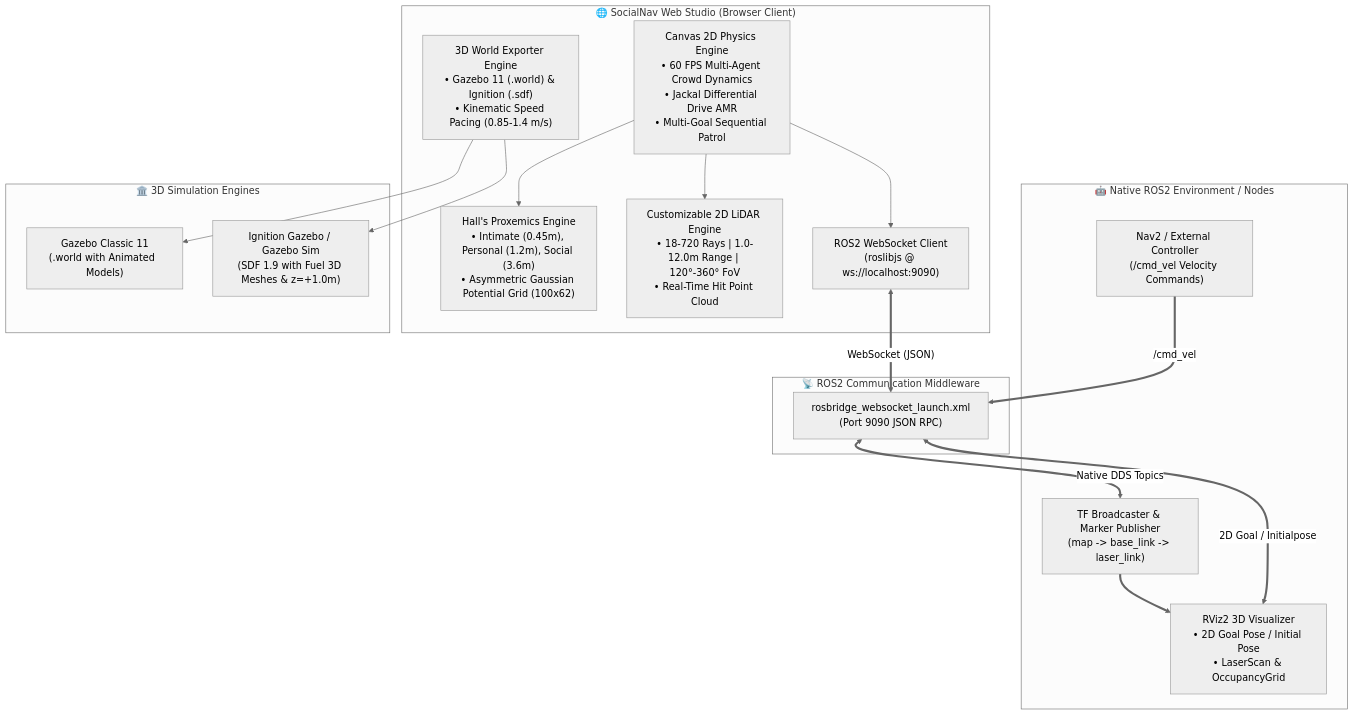
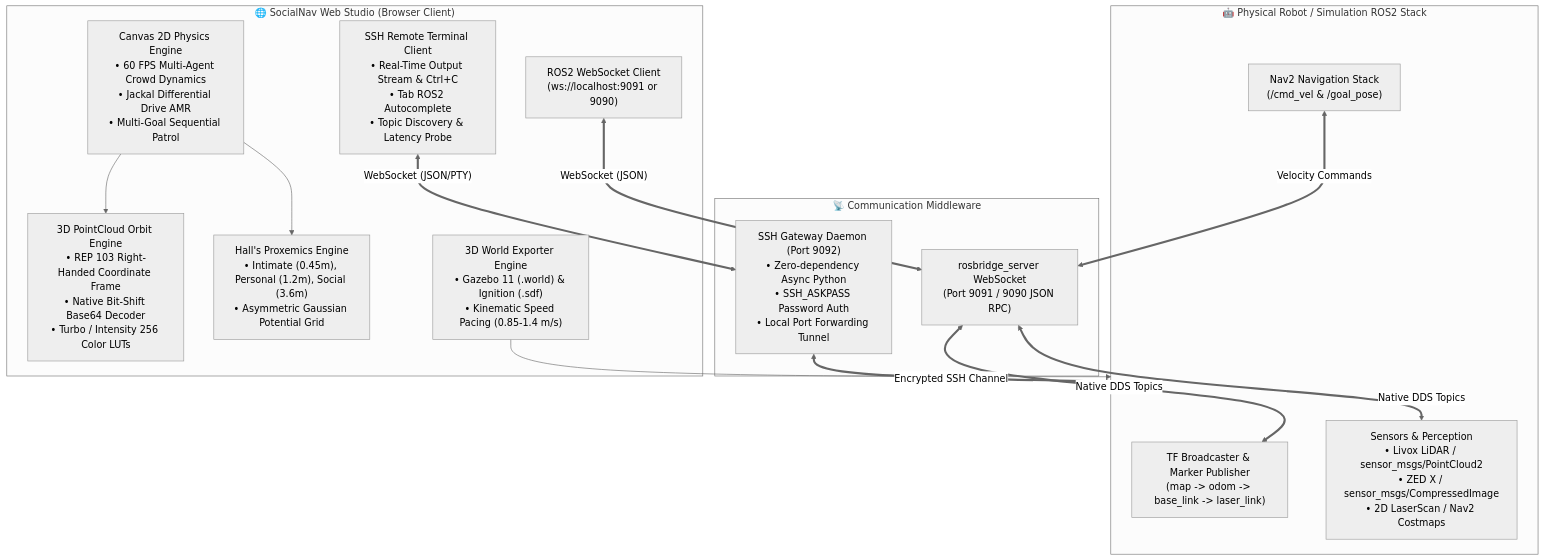
Before and after one commit to sontypo/social-nav-playground: the diagram in README.md, drawn with Mermaid (neutral theme). The commit also changed other lines of this file and 26 other files, not shown here.

````diff
--- a/README.md
+++ b/README.md
@@ -28,36 +52,32 @@
 ```mermaid
 flowchart TB
     subgraph WebStudio["🌐 SocialNav Web Studio (Browser Client)"]
         CanvasPhysics["Canvas 2D Physics Engine\n• 60 FPS Multi-Agent Crowd Dynamics\n• Jackal Differential Drive AMR\n• Multi-Goal Sequential Patrol"]
-        Proxemics["Hall's Proxemics Engine\n• Intimate (0.45m), Personal (1.2m), Social (3.6m)\n• Asymmetric Gaussian Potential Grid (100x62)"]
-        LiDAR["Customizable 2D LiDAR Engine\n• 18-720 Rays | 1.0-12.0m Range | 120°-360° FoV\n• Real-Time Hit Point Cloud"]
-        WebBridge["ROS2 WebSocket Client\n(roslibjs @ ws://localhost:9090)"]
+        Proxemics["Hall's Proxemics Engine\n• Intimate (0.45m), Personal (1.2m), Social (3.6m)\n• Asymmetric Gaussian Potential Grid"]
+        Orbit3D["3D PointCloud Orbit Engine\n• REP 103 Right-Handed Coordinate Frame\n• Native Bit-Shift Base64 Decoder\n• Turbo / Intensity 256 Color LUTs"]
+        SSHTerm["SSH Remote Terminal Client\n• Real-Time Output Stream & Ctrl+C\n• Tab ROS2 Autocomplete\n• Topic Discovery & Latency Probe"]
+        WebBridge["ROS2 WebSocket Client\n(ws://localhost:9091 or 9090)"]
         GazeboExport["3D World Exporter Engine\n• Gazebo 11 (.world) & Ignition (.sdf)\n• Kinematic Speed Pacing (0.85-1.4 m/s)"]
     end
 
-    subgraph ROS2Middleware["📡 ROS2 Communication Middleware"]
-        RosbridgeServer["rosbridge_websocket_launch.xml\n(Port 9090 JSON RPC)"]
+    subgraph Middleware["📡 Communication Middleware"]
+        SSHGateway["SSH Gateway Daemon (Port 9092)\n• Zero-dependency Async Python\n• SSH_ASKPASS Password Auth\n• Local Port Forwarding Tunnel"]
+        RosbridgeServer["rosbridge_server WebSocket\n(Port 9091 / 9090 JSON RPC)"]
     end
 
-    subgraph NativeROS2["🤖 Native ROS2 Environment / Nodes"]
-        TFNode["TF Broadcaster & Marker Publisher\n(map -> base_link -> laser_link)"]
-        RViz2["RViz2 3D Visualizer\n• 2D Goal Pose / Initial Pose\n• LaserScan & OccupancyGrid"]
-        Nav2Nodes["Nav2 / External Controller\n(/cmd_vel Velocity Commands)"]
-    end
-
-    subgraph Gazebo3D["🏛️ 3D Simulation Engines"]
-        GazeboClassic["Gazebo Classic 11\n(.world with Animated <actor> Models)"]
-        IgnitionSim["Ignition Gazebo / Gazebo Sim\n(SDF 1.9 with Fuel 3D Meshes & z=+1.0m)"]
+    subgraph NativeROS2["🤖 Physical Robot / Simulation ROS2 Stack"]
+        TFNode["TF Broadcaster & Marker Publisher\n(map -> odom -> base_link -> laser_link)"]
+        Sensors["Sensors & Perception\n• Livox LiDAR / sensor_msgs/PointCloud2\n• ZED X / sensor_msgs/CompressedImage\n• 2D LaserScan / Nav2 Costmaps"]
+        Nav2Stack["Nav2 Navigation Stack\n(/cmd_vel & /goal_pose)"]
     end
 
     CanvasPhysics --> Proxemics
-    CanvasPhysics --> LiDAR
-    CanvasPhysics --> WebBridge
+    CanvasPhysics --> Orbit3D
     WebBridge <==>|"WebSocket (JSON)"| RosbridgeServer
+    SSHTerm <==>|"WebSocket (JSON/PTY)"| SSHGateway
+    SSHGateway <==>|"Encrypted SSH Channel"| NativeROS2
+    RosbridgeServer <==>|"Native DDS Topics"| Sensors
     RosbridgeServer <==>|"Native DDS Topics"| TFNode
-    RosbridgeServer <==>|"2D Goal / Initialpose"| RViz2
-    Nav2Nodes ==>|"/cmd_vel"| RosbridgeServer
-    TFNode ==> RViz2
-    GazeboExport --> GazeboClassic
-    GazeboExport --> IgnitionSim
+    Nav2Stack <==>|"Velocity Commands"| RosbridgeServer
+    GazeboExport --> NativeROS2
 ```
````
